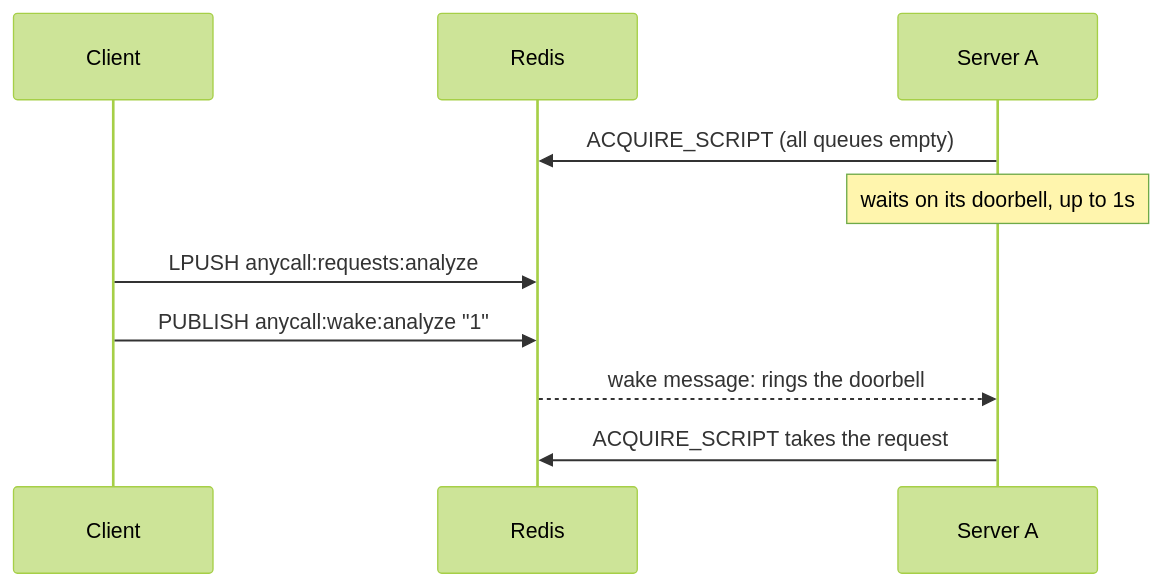
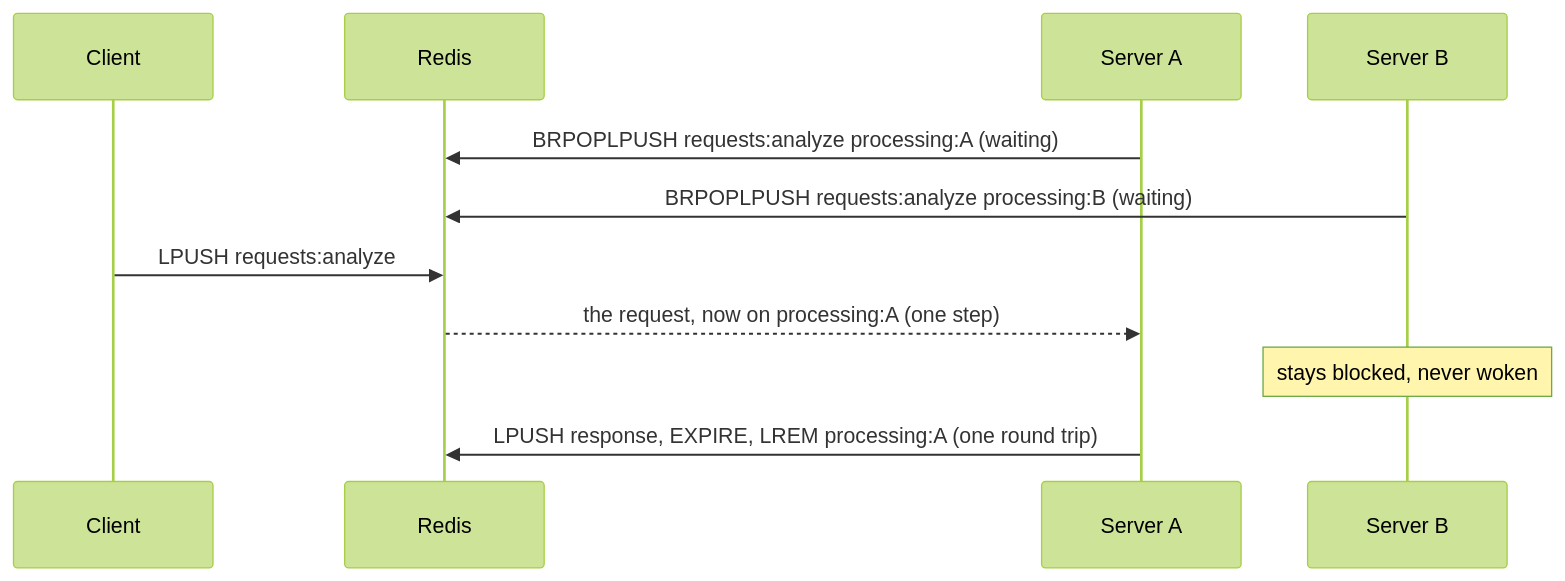
The second of 2 diagrams in docs/taking-requests.md (KaiqueBahmad/anycall), drawn with Mermaid (forest theme) before and after one commit. The commit also changed other lines of this file and 3 other files, not shown here.

````diff
--- a/docs/taking-requests.md
+++ b/docs/taking-requests.md
@@ -61,12 +53,13 @@
 ```mermaid
 sequenceDiagram
     participant C as Client
     participant R as Redis
     participant A as Server A
-    A->>R: ACQUIRE_SCRIPT (all queues empty)
-    Note over A: waits on its doorbell, up to 1s
-    C->>R: LPUSH anycall:requests:analyze
-    C->>R: PUBLISH anycall:wake:analyze "1"
-    R-->>A: wake message: rings the doorbell
-    A->>R: ACQUIRE_SCRIPT takes the request
+    participant B as Server B
+    A->>R: BRPOPLPUSH requests:analyze processing:A (waiting)
+    B->>R: BRPOPLPUSH requests:analyze processing:B (waiting)
+    C->>R: LPUSH requests:analyze
+    R-->>A: the request, now on processing:A (one step)
+    Note over B: stays blocked, never woken
+    A->>R: LPUSH response, EXPIRE, LREM processing:A (one round trip)
 ```
````
